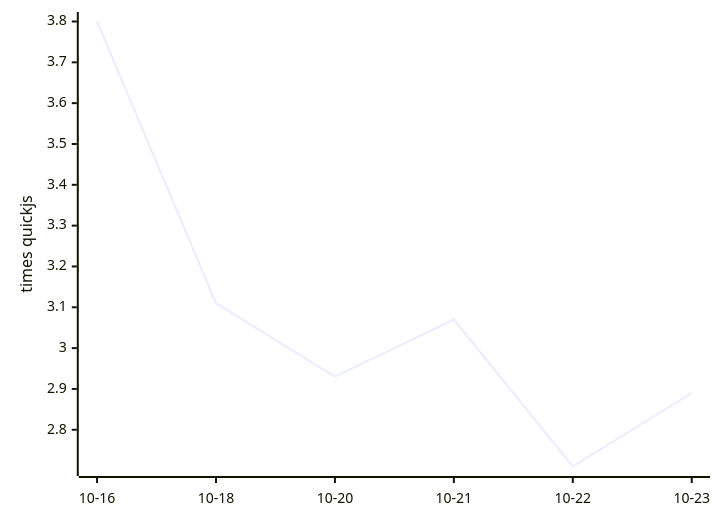
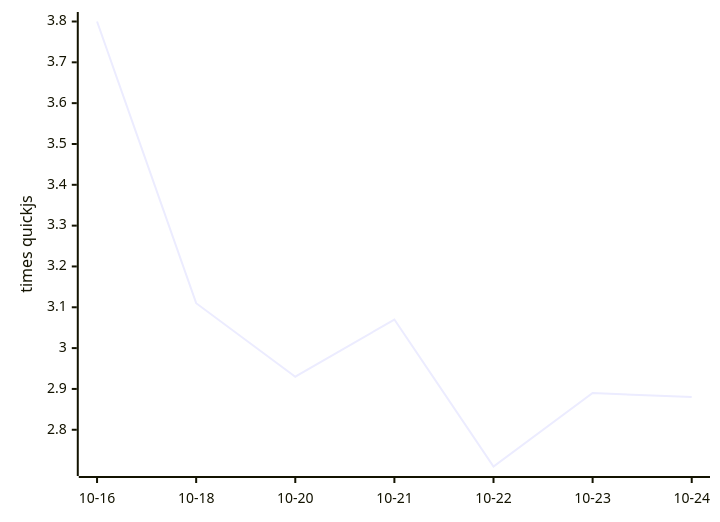
Before and after one commit to mozzius/kahvi: the diagram in README.md, drawn with Mermaid. The commit also changed other lines of this file and 1 other file, not shown here.

````diff
--- a/README.md
+++ b/README.md
@@ -9,6 +9,6 @@
 ```mermaid
 xychart-beta
-  x-axis ["10-16", "10-18", "10-20", "10-21", "10-22", "10-23"]
+  x-axis ["10-16", "10-18", "10-20", "10-21", "10-22", "10-23", "10-24"]
   y-axis "times quickjs"
-  line [3.80, 3.11, 2.93, 3.07, 2.71, 2.89]
+  line [3.80, 3.11, 2.93, 3.07, 2.71, 2.89, 2.88]
 ```
````
